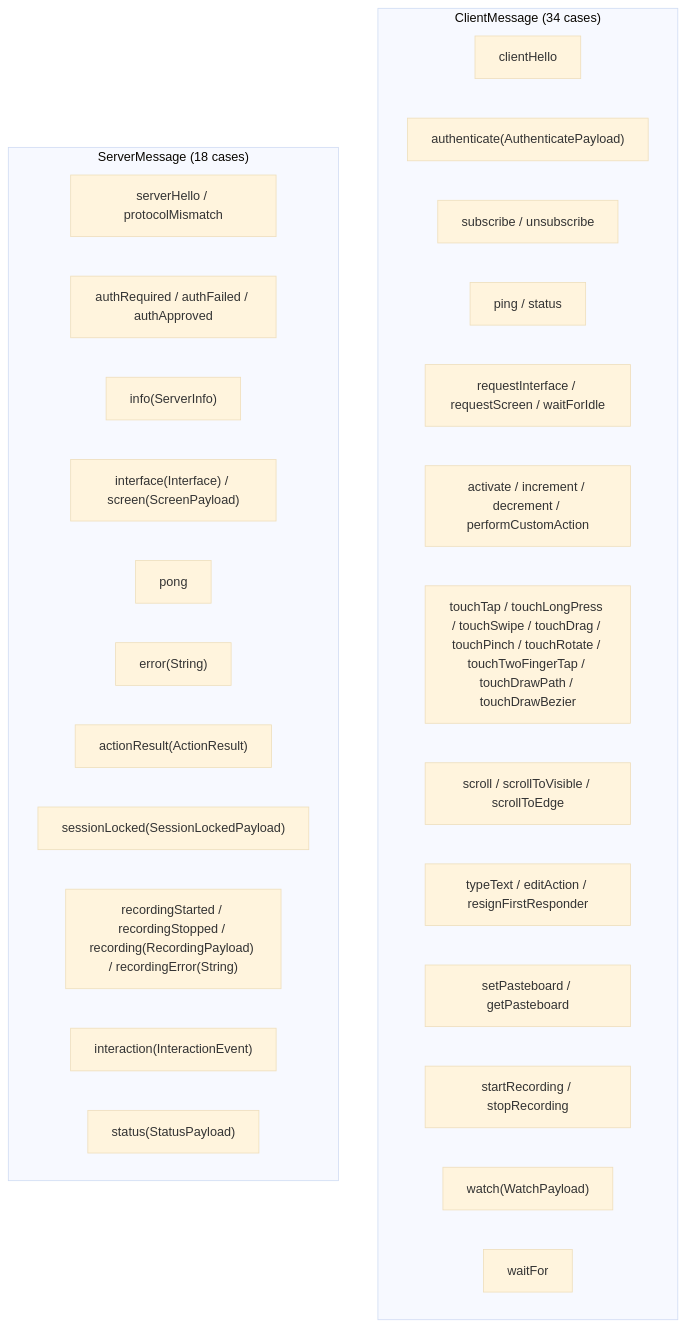
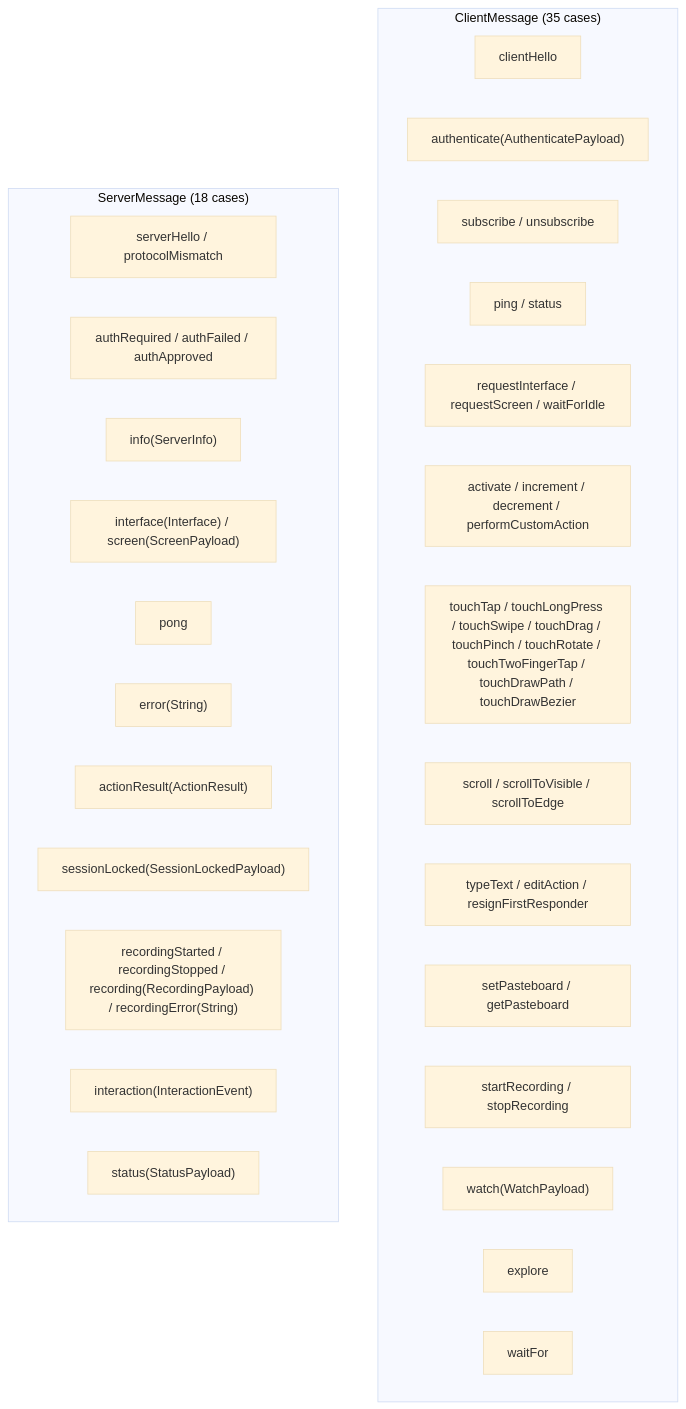
Before and after one commit to RoyalPineapple/TheButtonHeist: the second of 7 diagrams in docs/dossiers/01-THESCORE.md, drawn with Mermaid (base theme). The commit also changed other lines of this file and 17 other files, not shown here.

````diff
--- a/docs/dossiers/01-THESCORE.md
+++ b/docs/dossiers/01-THESCORE.md
@@ -63,32 +63,33 @@
 ```mermaid
 graph TD
-    subgraph ClientMessages["ClientMessage (34 cases)"]
+    subgraph ClientMessages["ClientMessage (35 cases)"]
         Hello["clientHello"]
         Auth["authenticate(AuthenticatePayload)"]
         Sub["subscribe / unsubscribe"]
         Ping["ping / status"]
         Query["requestInterface / requestScreen / waitForIdle"]
         Actions["activate / increment / decrement / performCustomAction"]
         Touch["touchTap / touchLongPress / touchSwipe / touchDrag / touchPinch / touchRotate / touchTwoFingerTap / touchDrawPath / touchDrawBezier"]
         Scroll["scroll / scrollToVisible / scrollToEdge"]
         Text["typeText / editAction / resignFirstResponder"]
         Pasteboard["setPasteboard / getPasteboard"]
         Recording["startRecording / stopRecording"]
         Watch["watch(WatchPayload)"]
+        Explore["explore"]
         WaitFor["waitFor"]
     end
 
     subgraph ServerMessages["ServerMessage (18 cases)"]
         HelloResp["serverHello / protocolMismatch"]
         AuthResp["authRequired / authFailed / authApproved"]
         Info["info(ServerInfo)"]
         Data["interface(Interface) / screen(ScreenPayload)"]
         Pong["pong"]
         Error["error(String)"]
         Action["actionResult(ActionResult)"]
         Session["sessionLocked(SessionLockedPayload)"]
         Rec["recordingStarted / recordingStopped / recording(RecordingPayload) / recordingError(String)"]
         Interaction["interaction(InteractionEvent)"]
         Status["status(StatusPayload)"]
     end
 ```
````
